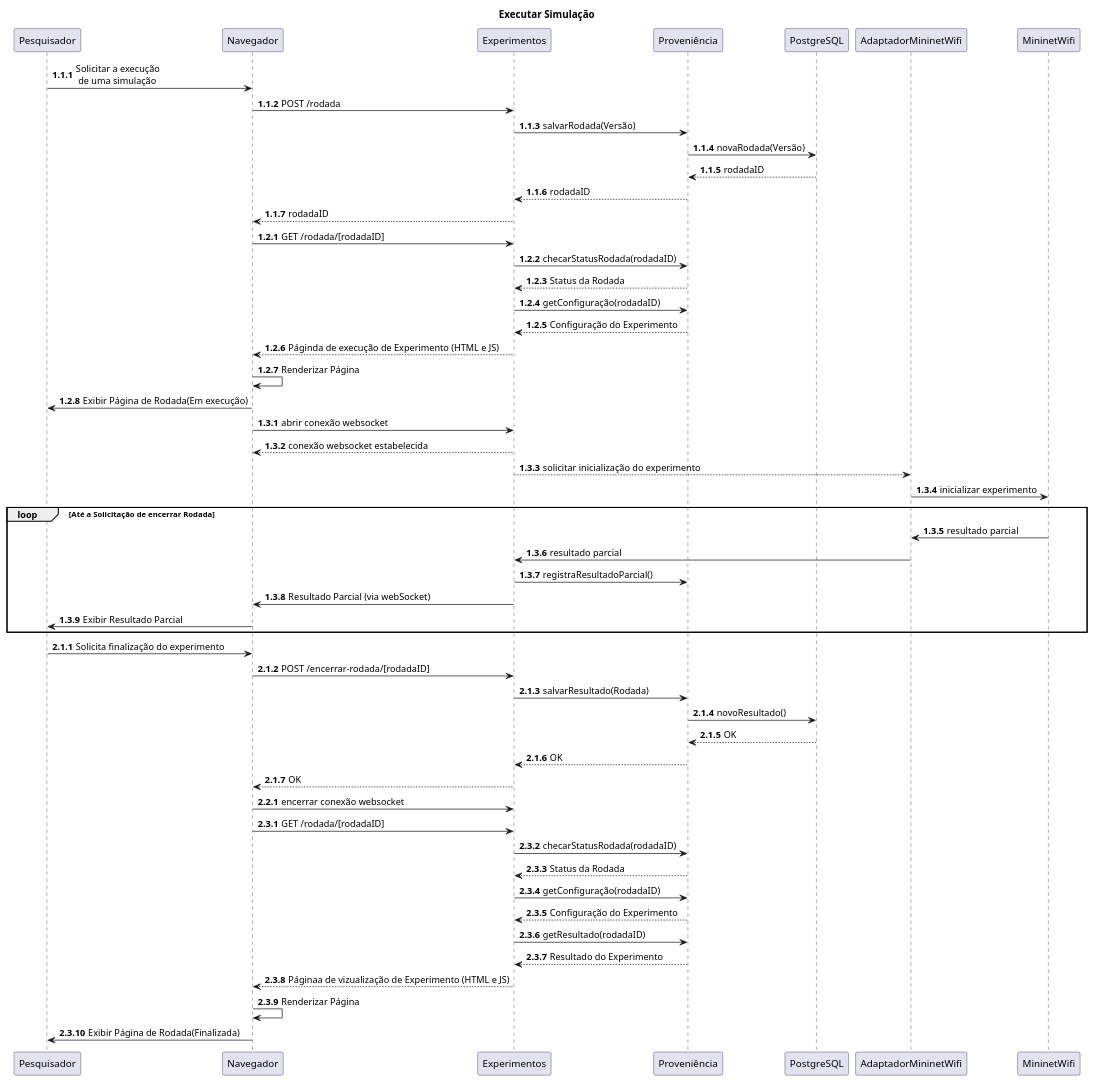
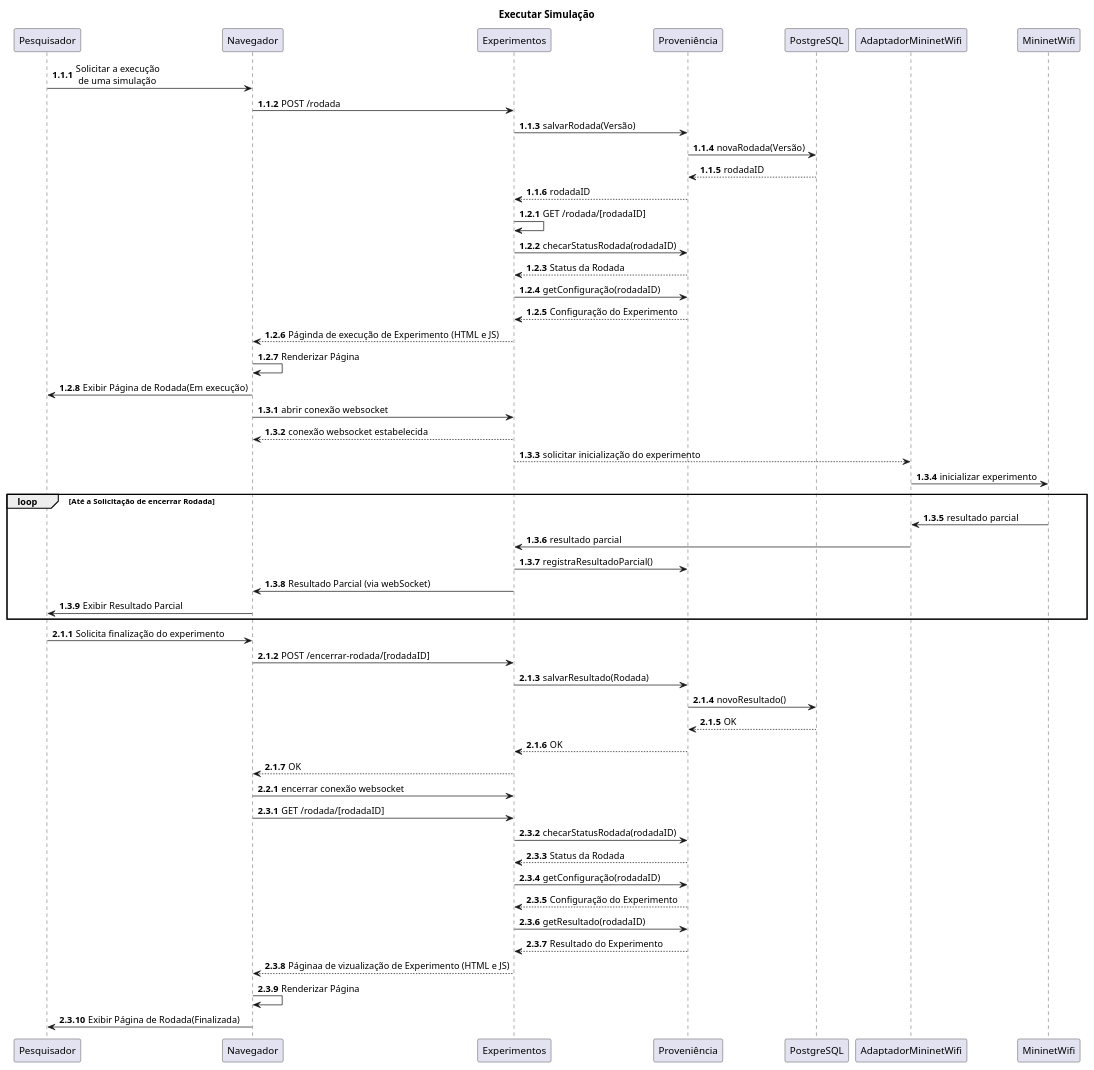
Before and after one commit to renanrodriguesmr/MiniManager: the diagram in docs/diagrams/src/sequenceDiagram.wsd, drawn with PlantUML. The commit also changed 6 other files, not shown here.

```diff
--- a/docs/diagrams/src/sequenceDiagram.wsd
+++ b/docs/diagrams/src/sequenceDiagram.wsd
@@ -1,63 +1,62 @@
 @startuml Diagrama de Sequência
 title Executar Simulação
 autonumber 1.1.1
 
 Pesquisador -> Navegador: Solicitar a execução\n de uma simulação
 Navegador -> Experimentos: POST /rodada
 Experimentos -> Proveniência: salvarRodada(Versão)
 Proveniência -> PostgreSQL: novaRodada(Versão)
 PostgreSQL --> Proveniência: rodadaID
 Proveniência --> Experimentos: rodadaID
-Experimentos --> Navegador: rodadaID
 
 autonumber inc B
-Navegador -> Experimentos: GET /rodada/[rodadaID]
+Experimentos -> Experimentos: GET /rodada/[rodadaID]
 Experimentos -> Proveniência: checarStatusRodada(rodadaID)
 Proveniência --> Experimentos: Status da Rodada
 Experimentos -> Proveniência: getConfiguração(rodadaID)
 Proveniência --> Experimentos: Configuração do Experimento
 Experimentos --> Navegador: Páginda de execução de Experimento (HTML e JS)
 Navegador -> Navegador: Renderizar Página
 Navegador -> Pesquisador: Exibir Página de Rodada(Em execução)
 
 autonumber inc B
 Navegador -> Experimentos: abrir conexão websocket
 Experimentos --> Navegador: conexão websocket estabelecida
 Experimentos --> AdaptadorMininetWifi: solicitar inicialização do experimento
 AdaptadorMininetWifi -> MininetWifi: inicializar experimento
 loop Até a Solicitação de encerrar Rodada
     MininetWifi -> AdaptadorMininetWifi: resultado parcial
     AdaptadorMininetWifi -> Experimentos: resultado parcial
     Experimentos -> Proveniência: registraResultadoParcial()
     Experimentos -> Navegador: Resultado Parcial (via webSocket)
     Navegador -> Pesquisador: Exibir Resultado Parcial
 end
 
 autonumber inc A
 Pesquisador -> Navegador: Solicita finalização do experimento
 Navegador -> Experimentos: POST /encerrar-rodada/[rodadaID]
 Experimentos -> Proveniência: salvarResultado(Rodada)
 Proveniência -> PostgreSQL: novoResultado()
 PostgreSQL --> Proveniência: OK
 Proveniência --> Experimentos: OK
 Experimentos --> Navegador: OK
 
 autonumber inc B
 Navegador -> Experimentos: encerrar conexão websocket
 
 autonumber inc B
 Navegador -> Experimentos: GET /rodada/[rodadaID]
 Experimentos -> Proveniência: checarStatusRodada(rodadaID)
 Proveniência --> Experimentos: Status da Rodada
 Experimentos -> Proveniência: getConfiguração(rodadaID)
 Proveniência --> Experimentos: Configuração do Experimento
 Experimentos -> Proveniência: getResultado(rodadaID)
 Proveniência --> Experimentos: Resultado do Experimento
 Experimentos --> Navegador: Páginaa de vizualização de Experimento (HTML e JS)
 Navegador -> Navegador: Renderizar Página
 Navegador -> Pesquisador: Exibir Página de Rodada(Finalizada)
 
 
 
 
 @enduml
```
